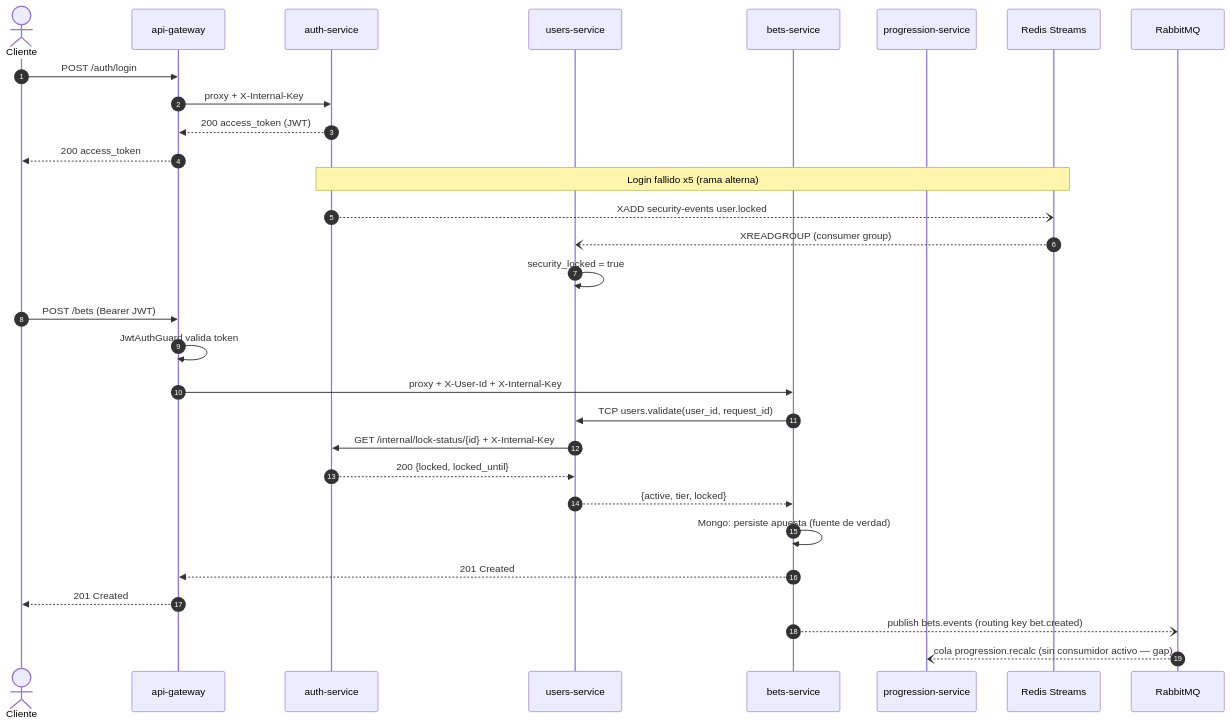
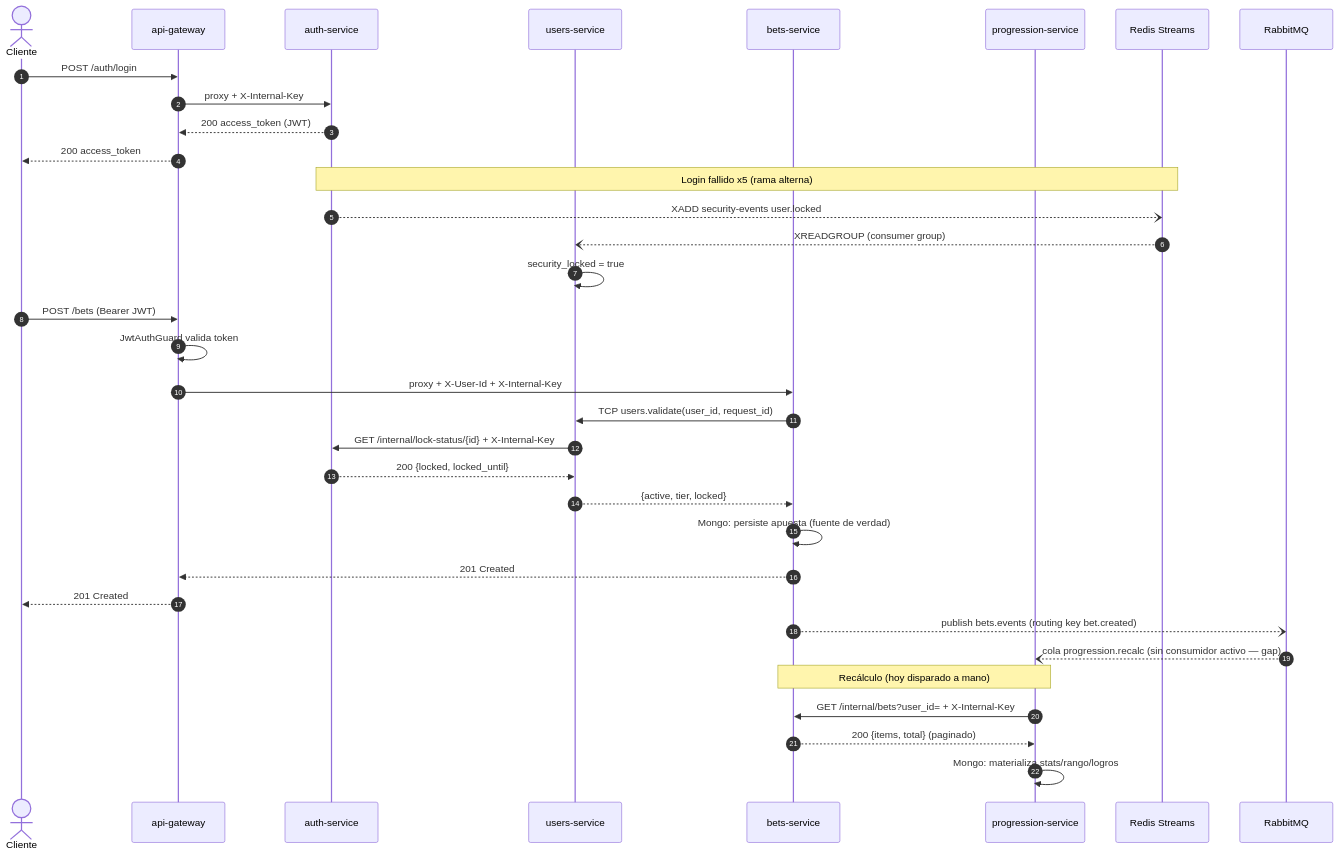
Before and after one commit to Saint-Roche-Microsystems/Fijazo-Horrrocruxes-SRMC: the first of 2 diagrams in README.md, drawn with Mermaid. The commit also changed other lines of this file and 3 other files, not shown here.

````diff
--- a/README.md
+++ b/README.md
@@ -195,36 +197,41 @@
 ```mermaid
 sequenceDiagram
     autonumber
     actor Cliente
     participant GW as api-gateway
     participant Auth as auth-service
     participant Users as users-service
     participant Bets as bets-service
     participant Prog as progression-service
     participant Redis as Redis Streams
     participant MQ as RabbitMQ
 
     Cliente->>GW: POST /auth/login
     GW->>Auth: proxy + X-Internal-Key
     Auth-->>GW: 200 access_token (JWT)
     GW-->>Cliente: 200 access_token
 
     Note over Auth,Redis: Login fallido x5 (rama alterna)
     Auth--)Redis: XADD security-events user.locked
     Redis--)Users: XREADGROUP (consumer group)
     Users->>Users: security_locked = true
 
     Cliente->>GW: POST /bets (Bearer JWT)
     GW->>GW: JwtAuthGuard valida token
     GW->>Bets: proxy + X-User-Id + X-Internal-Key
     Bets->>Users: TCP users.validate(user_id, request_id)
     Users->>Auth: GET /internal/lock-status/{id} + X-Internal-Key
     Auth-->>Users: 200 {locked, locked_until}
     Users-->>Bets: {active, tier, locked}
     Bets->>Bets: Mongo: persiste apuesta (fuente de verdad)
     Bets-->>GW: 201 Created
     GW-->>Cliente: 201 Created
 
     Bets--)MQ: publish bets.events (routing key bet.created)
     MQ--)Prog: cola progression.recalc (sin consumidor activo — gap)
+
+    Note over Prog,Bets: Recálculo (hoy disparado a mano)
+    Prog->>Bets: GET /internal/bets?user_id= + X-Internal-Key
+    Bets-->>Prog: 200 {items, total} (paginado)
+    Prog->>Prog: Mongo: materializa stats/rango/logros
 ```
````
